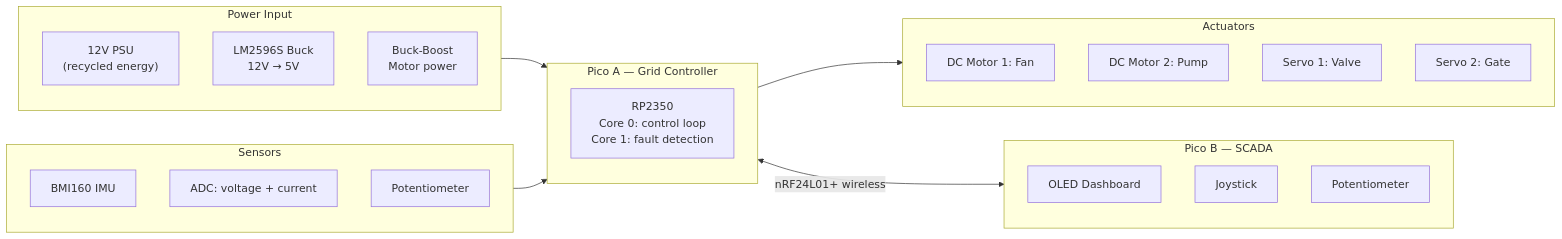
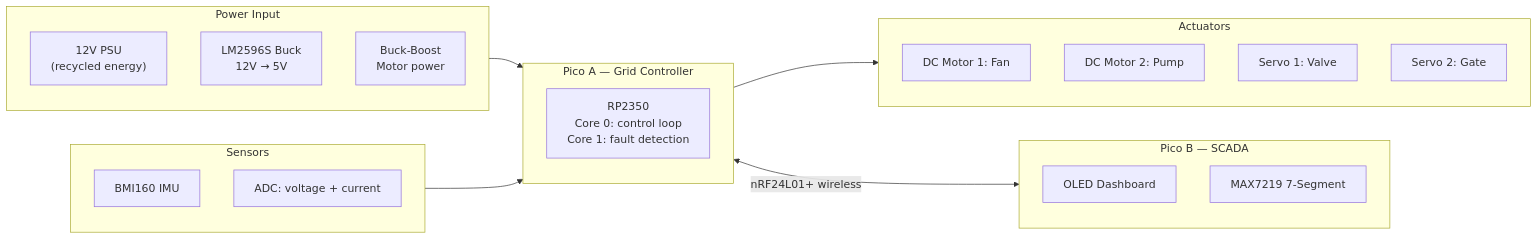
Before and after one commit to doyun-gu/hack-a-bot-2026: the first of 14 diagrams in docs/01-overview/gridbox-design.md, drawn with Mermaid. The commit also changed other lines of this file and 11 other files, not shown here.

````diff
--- a/docs/01-overview/gridbox-design.md
+++ b/docs/01-overview/gridbox-design.md
@@ -19,36 +19,34 @@
 ```mermaid
 graph LR
     subgraph INPUT["Power Input"]
         PSU["12V PSU<br/>(recycled energy)"]
         BUCK["LM2596S Buck<br/>12V → 5V"]
         BOOST["Buck-Boost<br/>Motor power"]
     end
 
     subgraph PICO_A["Pico A — Grid Controller"]
         BRAIN["RP2350<br/>Core 0: control loop<br/>Core 1: fault detection"]
     end
 
     subgraph ACTUATORS["Actuators"]
         M1["DC Motor 1: Fan"]
         M2["DC Motor 2: Pump"]
         S1["Servo 1: Valve"]
         S2["Servo 2: Gate"]
     end
 
     subgraph SENSORS["Sensors"]
         IMU["BMI160 IMU"]
         ADC_S["ADC: voltage + current"]
-        POT_A["Potentiometer"]
     end
 
     subgraph PICO_B["Pico B — SCADA"]
         OLED["OLED Dashboard"]
-        JOY["Joystick"]
-        POT_B["Potentiometer"]
+        SEG["MAX7219 7-Segment"]
     end
 
     INPUT --> PICO_A
     PICO_A --> ACTUATORS
     SENSORS --> PICO_A
     PICO_A <-->|"nRF24L01+ wireless"| PICO_B
 ```
````
